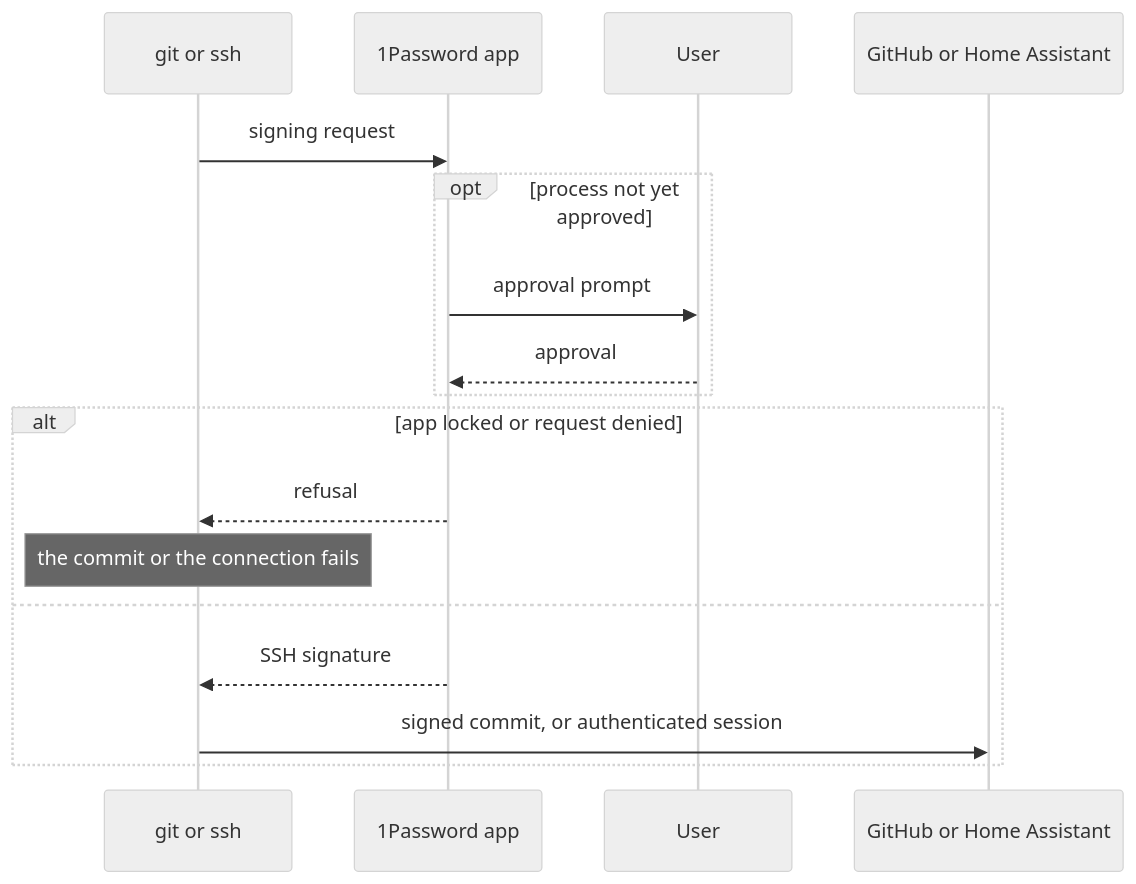
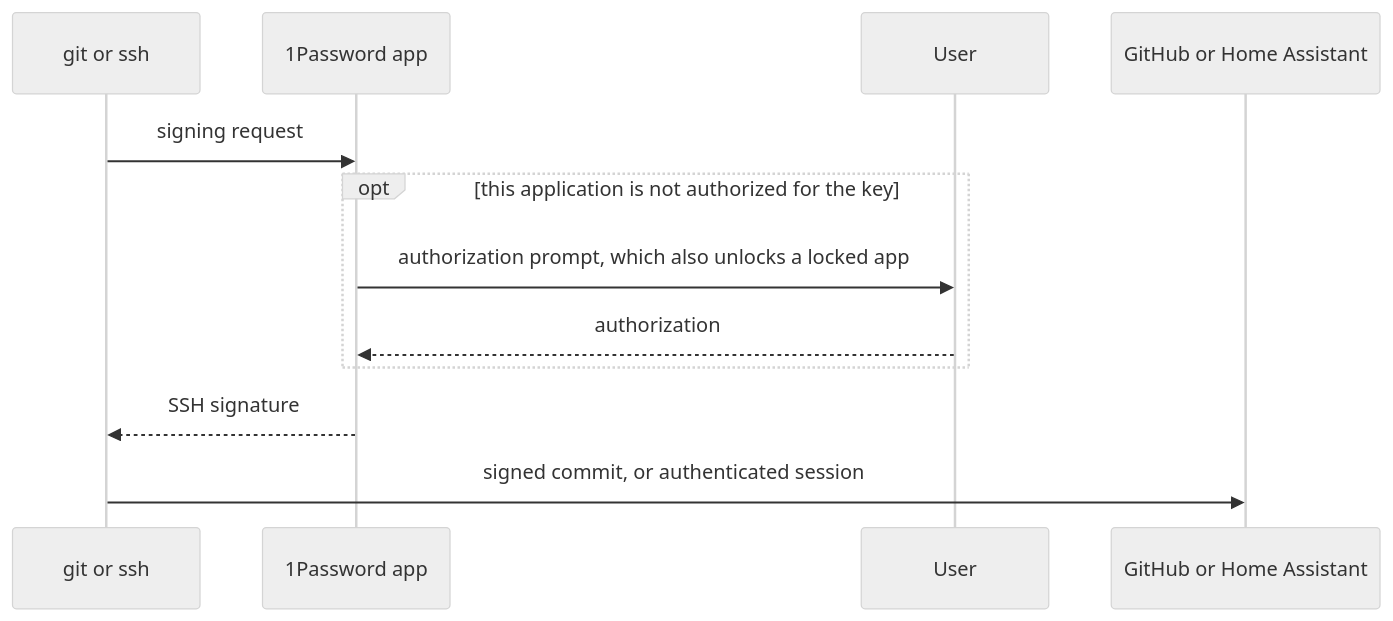
The third of 3 diagrams in docs/reference/data-flow-paths.md (alunduil/alunduil-chezmoi), drawn with Mermaid (neutral theme) before and after one commit. The commit also changed other lines of this file and 3 other files, not shown here.

First line of the commit message:
Correct the data flow against the workstation

````diff
--- a/docs/reference/data-flow-paths.md
+++ b/docs/reference/data-flow-paths.md
@@ -89,20 +105,15 @@
 ```mermaid
 sequenceDiagram
   participant Git as git or ssh
   participant App as 1Password app
   participant User
-  participant GitHub as GitHub or Home Assistant
+  participant Remote as GitHub or Home Assistant
 
   Git->>App: signing request
-  opt process not yet approved
-    App->>User: approval prompt
-    User-->>App: approval
+  opt this application is not authorized for the key
+    App->>User: authorization prompt, which also unlocks a locked app
+    User-->>App: authorization
   end
-  alt app locked or request denied
-    App-->>Git: refusal
-    Note over Git: the commit or the connection fails
-  else
-    App-->>Git: SSH signature
-    Git->>GitHub: signed commit, or authenticated session
-  end
+  App-->>Git: SSH signature
+  Git->>Remote: signed commit, or authenticated session
 ```
````
